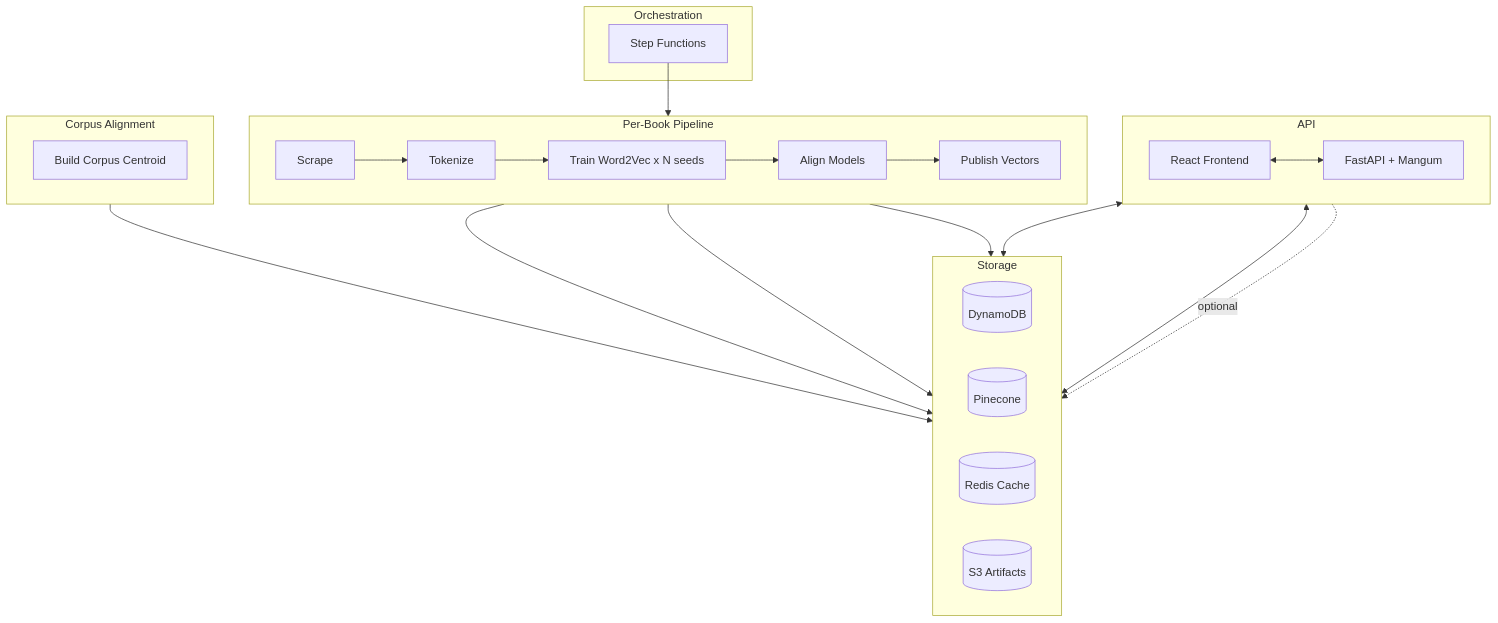
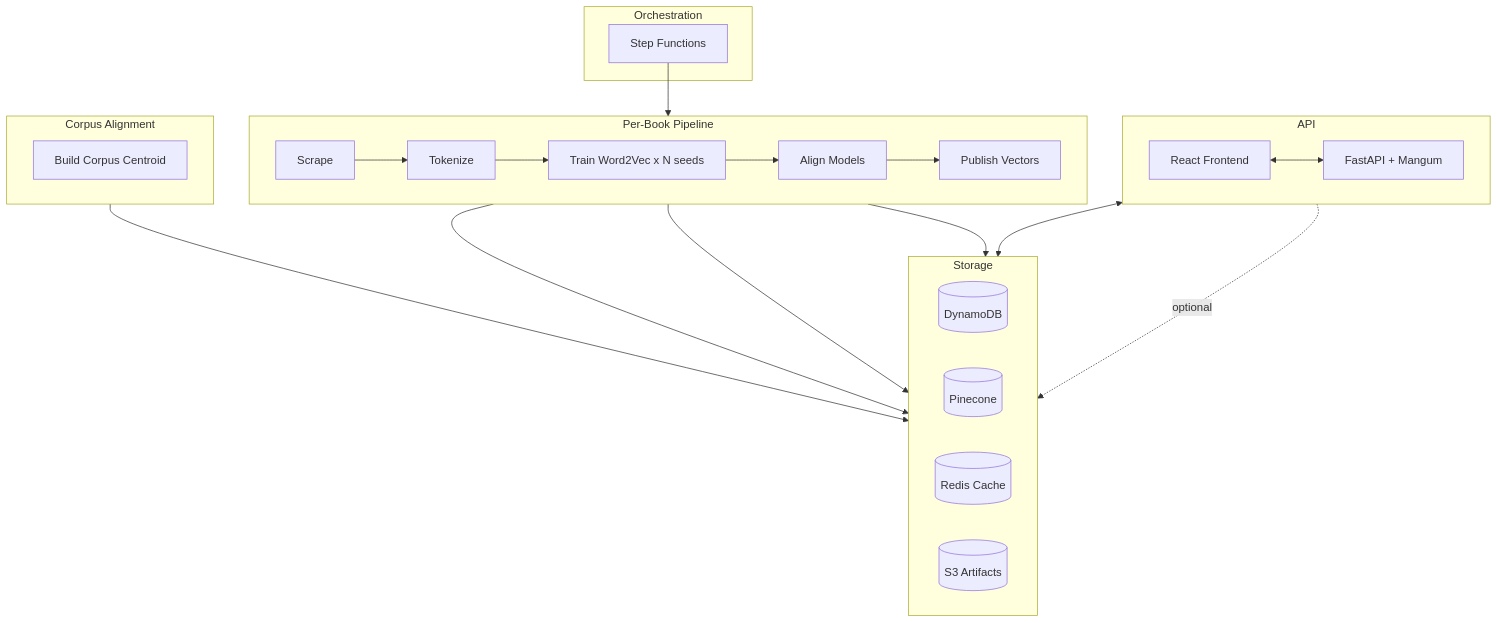
One commit to areebms/embedding-analytics changed the diagram in README.md. Above: the diagram before and after it, drawn with Mermaid. The commit also changed other lines of this file and 8 other files, not shown here.

````diff
--- a/README.md
+++ b/README.md
@@ -61,38 +60,37 @@
 ```mermaid
 graph TD
     subgraph Orchestration
         SF[Step Functions]
     end
 
     subgraph API
         direction LR
         UI[React Frontend] <--> FAPI[FastAPI + Mangum]
     end
 
     subgraph Storage
         direction LR
         DDB[(DynamoDB)]
         PC[(Pinecone)]
         RED[(Redis Cache)]
         S3[(S3 Artifacts)]
     end
 
     subgraph Pipeline [Per-Book Pipeline]
         direction LR
         SCR[Scrape] --> TOK[Tokenize] --> TRN["Train Word2Vec x N seeds"] --> ALN[Align Models] --> PUB[Publish Vectors]
     end
 
     subgraph Corpus [Corpus Alignment]
         direction LR
         BCC[Build Corpus Centroid]
     end
 
     SF --> Pipeline
     Pipeline --> S3
     PUB --> DDB
     PUB --> PC
     FAPI <--> DDB
-    FAPI <--> PC
     FAPI -. optional .-> RED
     Corpus --> S3
 ```
````
